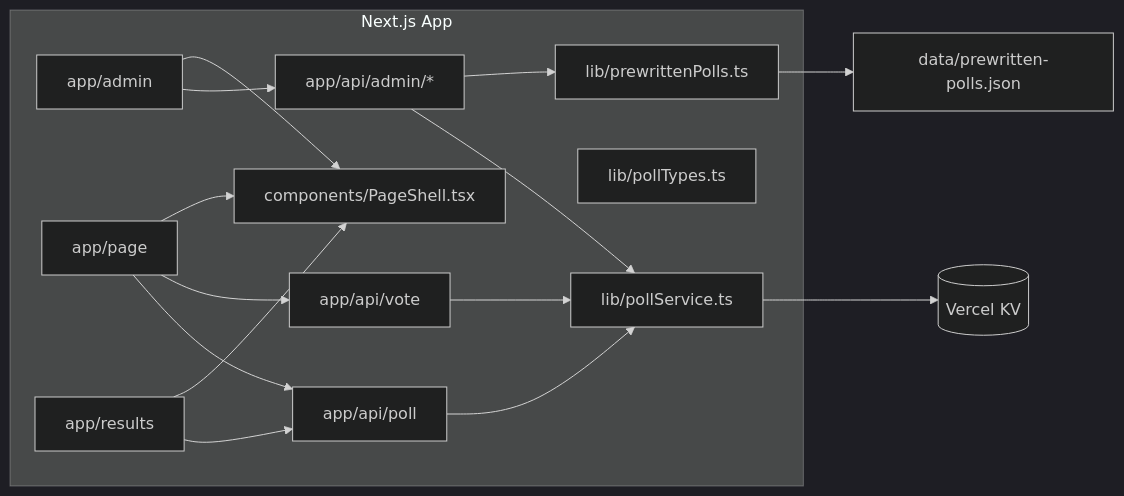
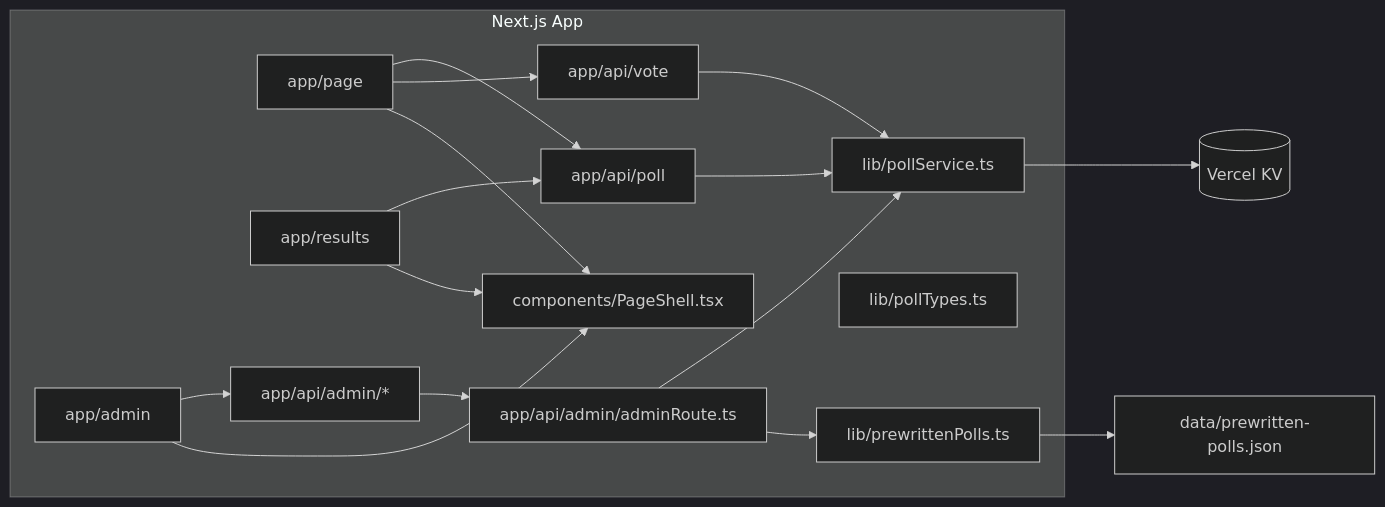
Before and after one commit to grp06/live-polling: the second of 2 diagrams in ARCHITECTURE.md, drawn with Mermaid (dark theme). The commit also changed other lines of this file and 1 other file, not shown here.

Commit message:
Update architecture for admin route helper

````diff
--- a/ARCHITECTURE.md
+++ b/ARCHITECTURE.md
@@ -86,28 +88,30 @@
 ```mermaid
 flowchart LR
   subgraph NextApp[Next.js App]
     AdminUI2[app/admin]
     AttendeeUI2[app/page]
     ResultsUI2[app/results]
     AdminAPI2[app/api/admin/*]
+    AdminRoute2[app/api/admin/adminRoute.ts]
     PollAPI2[app/api/poll]
     VoteAPI2[app/api/vote]
     PollService2[lib/pollService.ts]
     PollTypes2[lib/pollTypes.ts]
     Presets2[lib/prewrittenPolls.ts]
     PageShell2[components/PageShell.tsx]
   end
   AdminUI2 --> AdminAPI2
+  AdminAPI2 --> AdminRoute2
   AttendeeUI2 --> PollAPI2
   AttendeeUI2 --> VoteAPI2
   ResultsUI2 --> PollAPI2
   AdminUI2 --> PageShell2
   AttendeeUI2 --> PageShell2
   ResultsUI2 --> PageShell2
-  AdminAPI2 --> PollService2
+  AdminRoute2 --> PollService2
   PollAPI2 --> PollService2
   VoteAPI2 --> PollService2
   PollService2 --> KV2[(Vercel KV)]
-  AdminAPI2 --> Presets2
+  AdminRoute2 --> Presets2
   Presets2 --> JSONFile[data/prewritten-polls.json]
 ```
````
